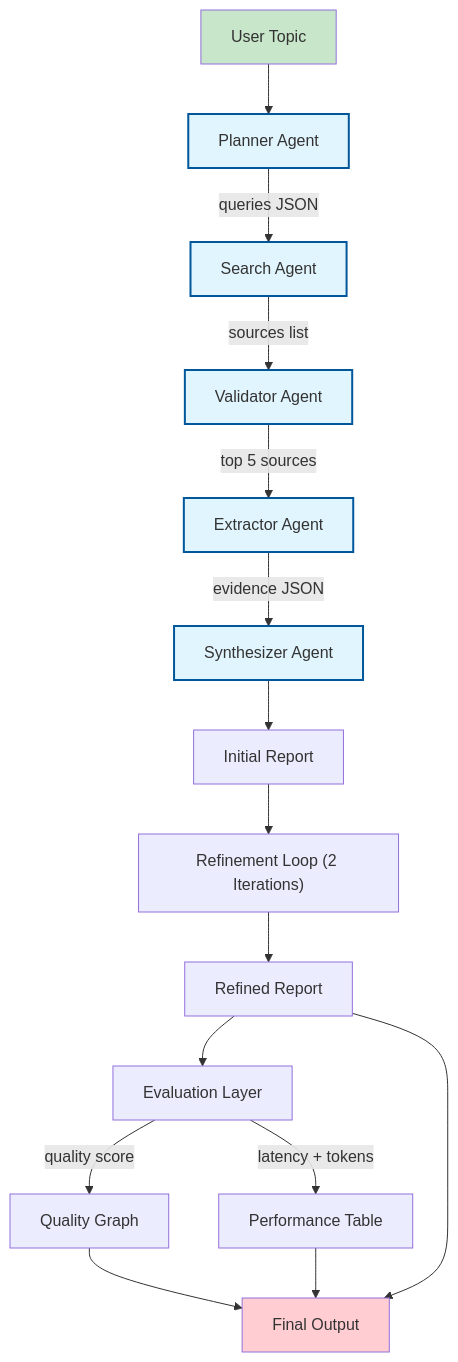
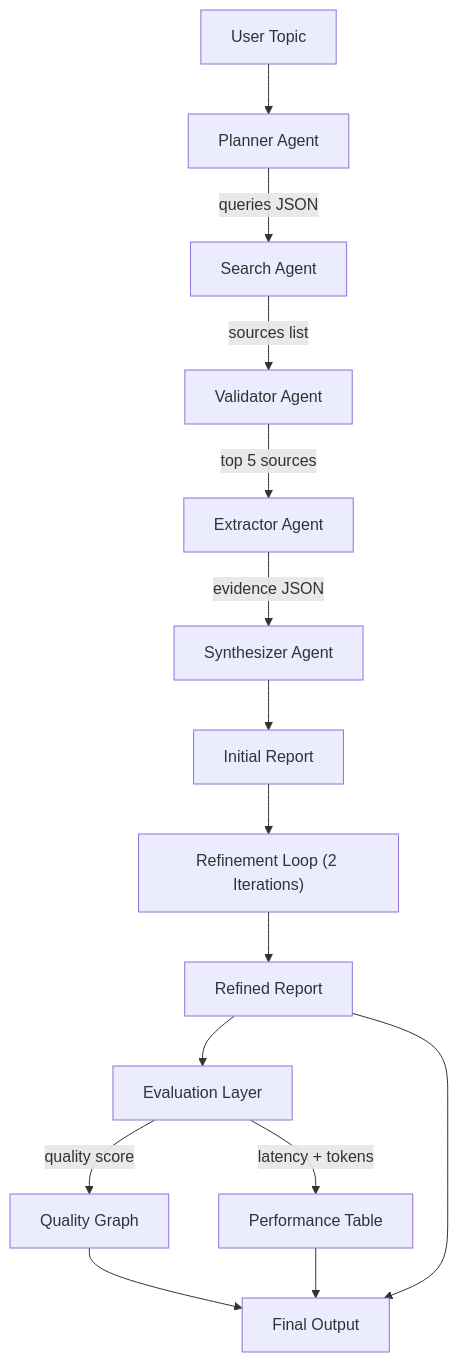
One commit to Sujal-SM/Autonomous-Agentic-AI-Framework changed the diagram in README.md. Above: the diagram before and after it, drawn with Mermaid.

````diff
--- a/README.md
+++ b/README.md
@@ -76,27 +76,20 @@
 ```mermaid
 graph TD
     A["User Topic"] --> B["Planner Agent"]
     B -->|"queries JSON"| C["Search Agent"]
     C -->|"sources list"| D["Validator Agent"]
     D -->|"top 5 sources"| E["Extractor Agent"]
     E -->|"evidence JSON"| F["Synthesizer Agent"]
 
     F --> G["Initial Report"]
     G --> H["Refinement Loop (2 Iterations)"]
     H --> I["Refined Report"]
 
     I --> J["Evaluation Layer"]
     J -->|"quality score"| K["Quality Graph"]
     J -->|"latency + tokens"| L["Performance Table"]
 
     K --> M["Final Output"]
     L --> M
     I --> M
-
-    classDef agent fill:#e1f5fe,stroke:#01579b,stroke-width:2px
-    class B,C,D,E,F agent
-
-    style A fill:#c8e6c9
-    style M fill:#ffcdd2
-
 ```
````
